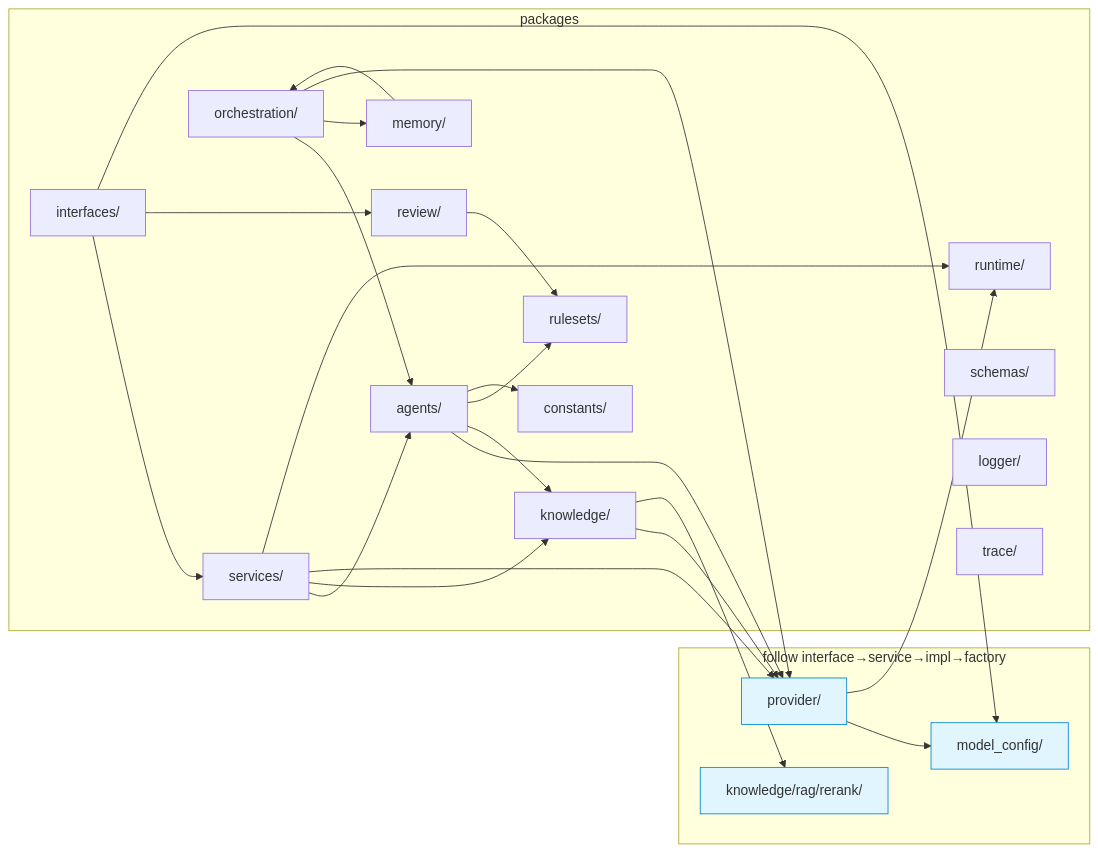
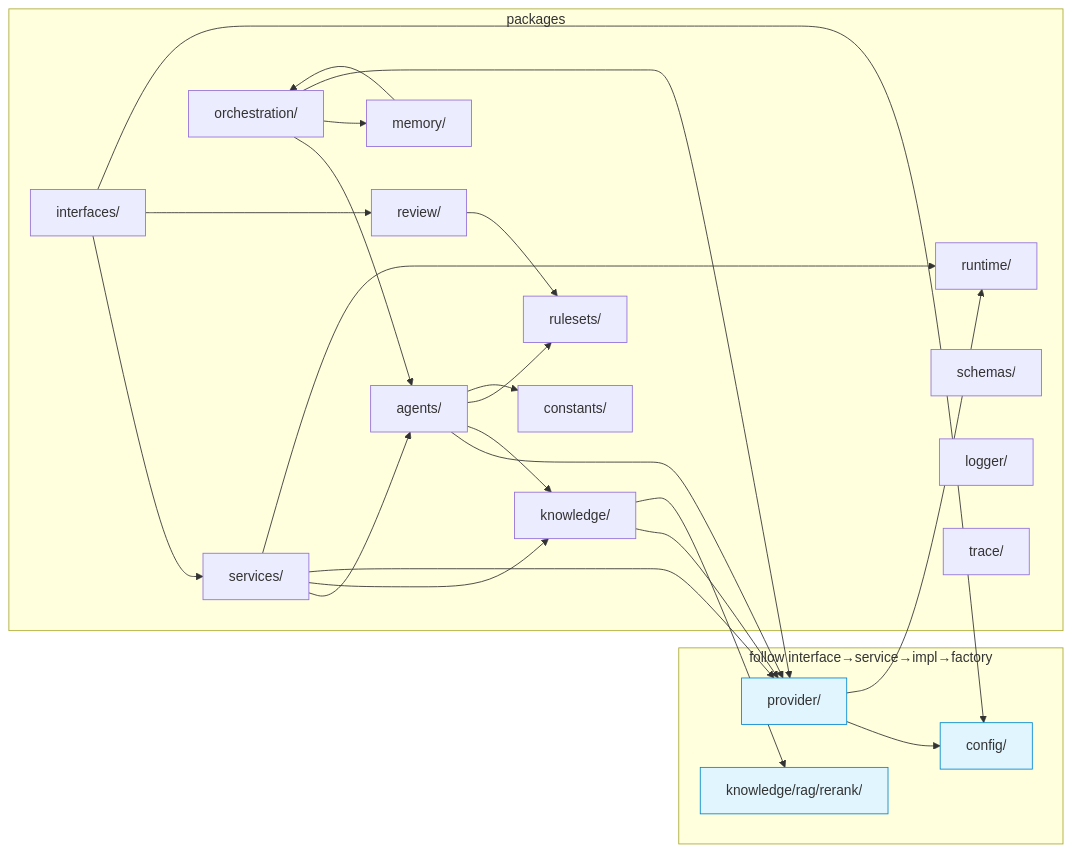
The third of 18 diagrams in docs/architecture.md (xianingawa-wq/contract-agent), drawn with Mermaid before and after one commit. The commit also changed other lines of this file and 113 other files, not shown here.

````diff
--- a/docs/architecture.md
+++ b/docs/architecture.md
@@ -189,47 +189,47 @@
 ```mermaid
 graph LR
     subgraph "follow interface→service→impl→factory"
         PROVIDER_PKG[provider/]:::pattern
-        MODEL_CFG_PKG[model_config/]:::pattern
+        MODEL_CFG_PKG[config/]:::pattern
         RERANK_PKG[knowledge/rag/rerank/]:::pattern
     end
 
     subgraph "packages"
         SERVICES[services/]
         AGENTS[agents/]
         ORCH[orchestration/]
         KNOWLEDGE[knowledge/]
         MEMORY[memory/]
         RUNTIME[runtime/]
         INTERFACES[interfaces/]
         REVIEW[review/]
         RULESETS[rulesets/]
         SCHEMAS[schemas/]
         LOGGER[logger/]
         TRACE[trace/]
         CONSTANTS[constants/]
     end
 
     INTERFACES --> SERVICES
     INTERFACES --> REVIEW
     INTERFACES --> MODEL_CFG_PKG
     SERVICES --> AGENTS
     SERVICES --> KNOWLEDGE
     SERVICES --> PROVIDER_PKG
     SERVICES --> RUNTIME
     ORCH --> AGENTS
     ORCH --> MEMORY
     ORCH --> PROVIDER_PKG
     AGENTS --> PROVIDER_PKG
     AGENTS --> KNOWLEDGE
     AGENTS --> RULESETS
     AGENTS --> CONSTANTS
     KNOWLEDGE --> PROVIDER_PKG
     KNOWLEDGE --> RERANK_PKG
     MEMORY --> ORCH
     PROVIDER_PKG --> MODEL_CFG_PKG
     PROVIDER_PKG --> RUNTIME
     REVIEW --> RULESETS
 
     classDef pattern fill:#e1f5fe,stroke:#0288d1
 ```
````
